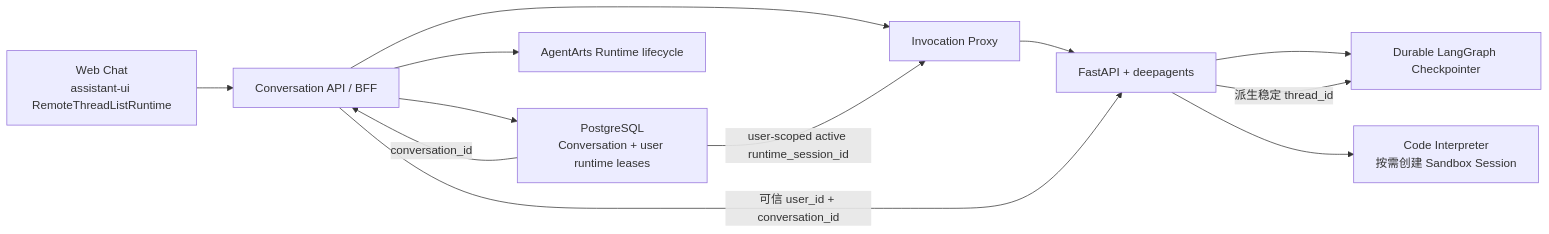
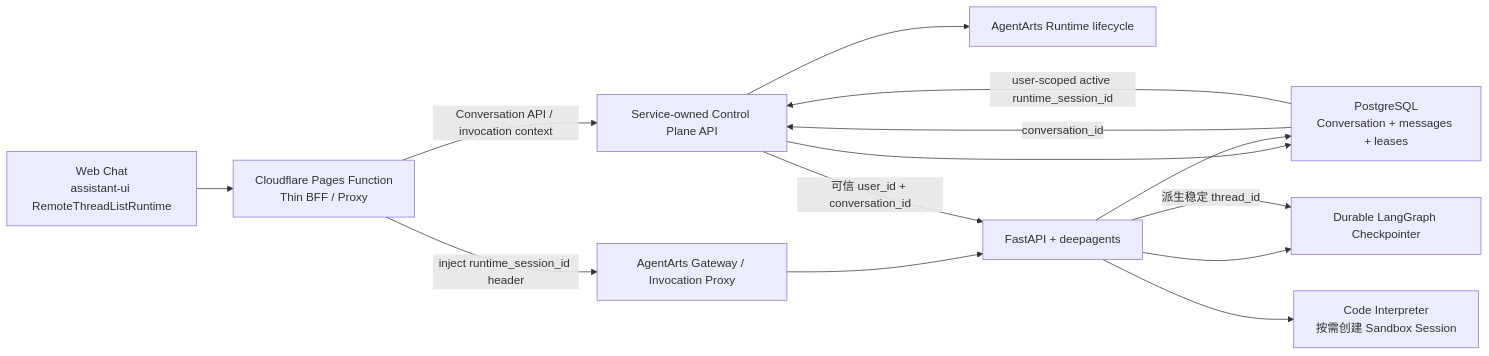
The sixth of 10 diagrams in personal-assistant-meta/issues/features/feature-14-multi-session-runtime-prewarm/issue.md (T-1009/personal-assistant), drawn with Mermaid before and after one commit. The commit also changed other lines of this file and 2 other files, not shown here.

First line of the commit message:
docs: refactor feature-14 architecture to introduce Service-owned Control Plane and Thin BFF boundaries

````diff
--- a/personal-assistant-meta/issues/features/feature-14-multi-session-runtime-prewarm/issue.md
+++ b/personal-assistant-meta/issues/features/feature-14-multi-session-runtime-prewarm/issue.md
@@ -337,15 +357,17 @@
 ```mermaid
 flowchart LR
-    UI["Web Chat<br/>assistant-ui RemoteThreadListRuntime"] --> API["Conversation API / BFF"]
-    API --> DB["PostgreSQL<br/>Conversation + user runtime leases"]
+    UI["Web Chat<br/>assistant-ui RemoteThreadListRuntime"] --> BFF["Cloudflare Pages Function<br/>Thin BFF / Proxy"]
+    BFF -->|"Conversation API / invocation context"| API["Service-owned Control Plane API"]
+    API --> DB["PostgreSQL<br/>Conversation + messages + leases"]
     API --> RT["AgentArts Runtime lifecycle"]
-    API --> Invoke["Invocation Proxy"]
+    BFF -->|"inject runtime_session_id header"| Invoke["AgentArts Gateway / Invocation Proxy"]
     Invoke --> Agent["FastAPI + deepagents"]
+    Agent --> DB
     Agent --> CP["Durable LangGraph Checkpointer"]
     Agent --> CI["Code Interpreter<br/>按需创建 Sandbox Session"]
 
     DB -->|"conversation_id"| API
-    DB -->|"user-scoped active runtime_session_id"| Invoke
+    DB -->|"user-scoped active runtime_session_id"| API
     API -->|"可信 user_id + conversation_id"| Agent
     Agent -->|"派生稳定 thread_id"| CP
 ```
````
